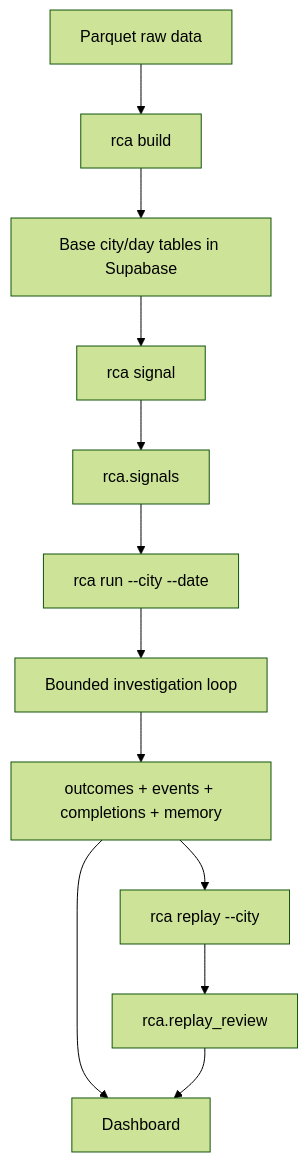
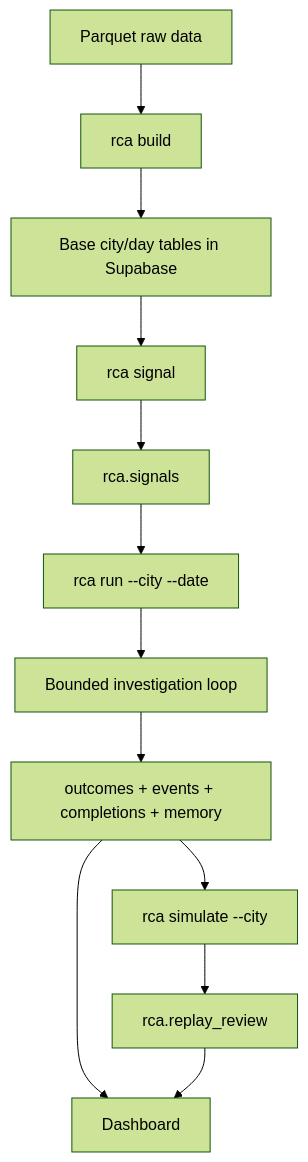
The first of 2 diagrams in docs/AGENT_SYSTEM_STUDY_NOTES.md (chiaweiwoo/retail-insight-agent), drawn with Mermaid (forest theme) before and after one commit. The commit also changed other lines of this file and 11 other files, not shown here.

Commit message:
Rename replay to simulate and make cold-start mandatory

````diff
--- a/docs/AGENT_SYSTEM_STUDY_NOTES.md
+++ b/docs/AGENT_SYSTEM_STUDY_NOTES.md
@@ -288,14 +288,14 @@
 ```mermaid
 flowchart TD
     A["Parquet raw data"] --> B["rca build"]
     B --> C["Base city/day tables in Supabase"]
     C --> D["rca signal"]
     D --> E["rca.signals"]
     E --> F["rca run --city --date"]
     F --> G["Bounded investigation loop"]
     G --> H["outcomes + events + completions + memory"]
-    H --> I["rca replay --city"]
+    H --> I["rca simulate --city"]
     I --> J["rca.replay_review"]
     H --> K["Dashboard"]
     J --> K
 ```
````
